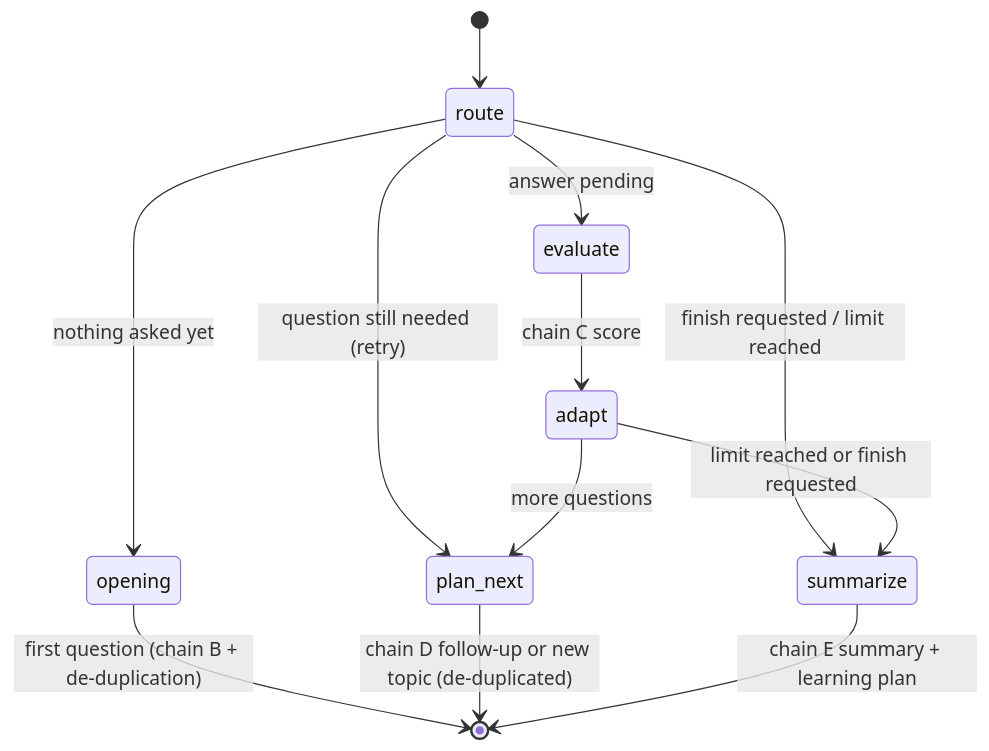
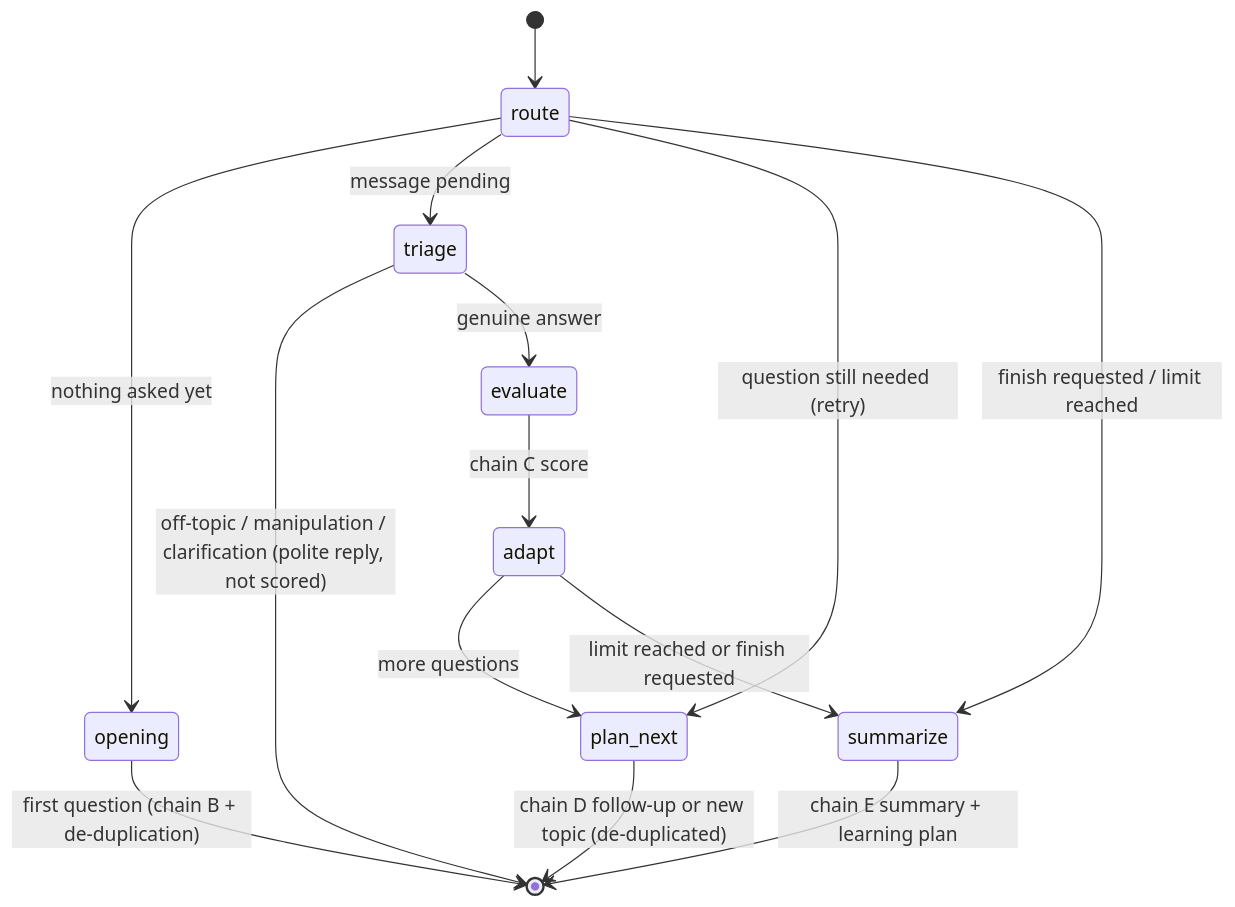
One commit to snehametkari1395/Interview-App changed the third of 3 diagrams in docs/ARCHITECTURE.md. Above: the diagram before and after it, drawn with Mermaid. The commit also changed other lines of this file and 36 other files, not shown here.

````diff
--- a/docs/ARCHITECTURE.md
+++ b/docs/ARCHITECTURE.md
@@ -74,14 +74,16 @@
 ```mermaid
 stateDiagram-v2
     [*] --> route
     route --> opening: nothing asked yet
-    route --> evaluate: answer pending
+    route --> triage: message pending
+    triage --> [*]: off-topic / manipulation / clarification (polite reply, not scored)
+    triage --> evaluate: genuine answer
     route --> plan_next: question still needed (retry)
     route --> summarize: finish requested / limit reached
     opening --> [*]: first question (chain B + de-duplication)
     evaluate --> adapt: chain C score
     adapt --> plan_next: more questions
     adapt --> summarize: limit reached or finish requested
     plan_next --> [*]: chain D follow-up or new topic (de-duplicated)
     summarize --> [*]: chain E summary + learning plan
 ```
````
